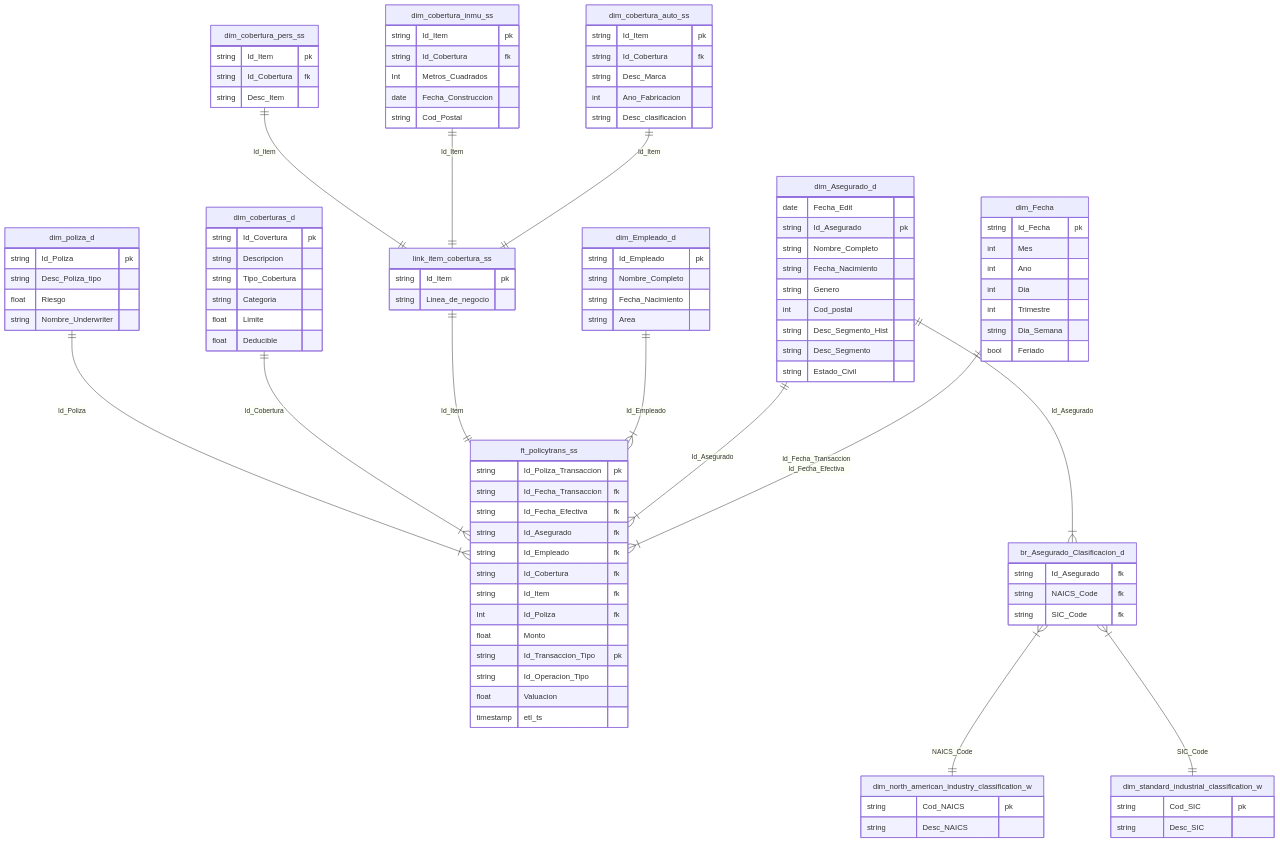
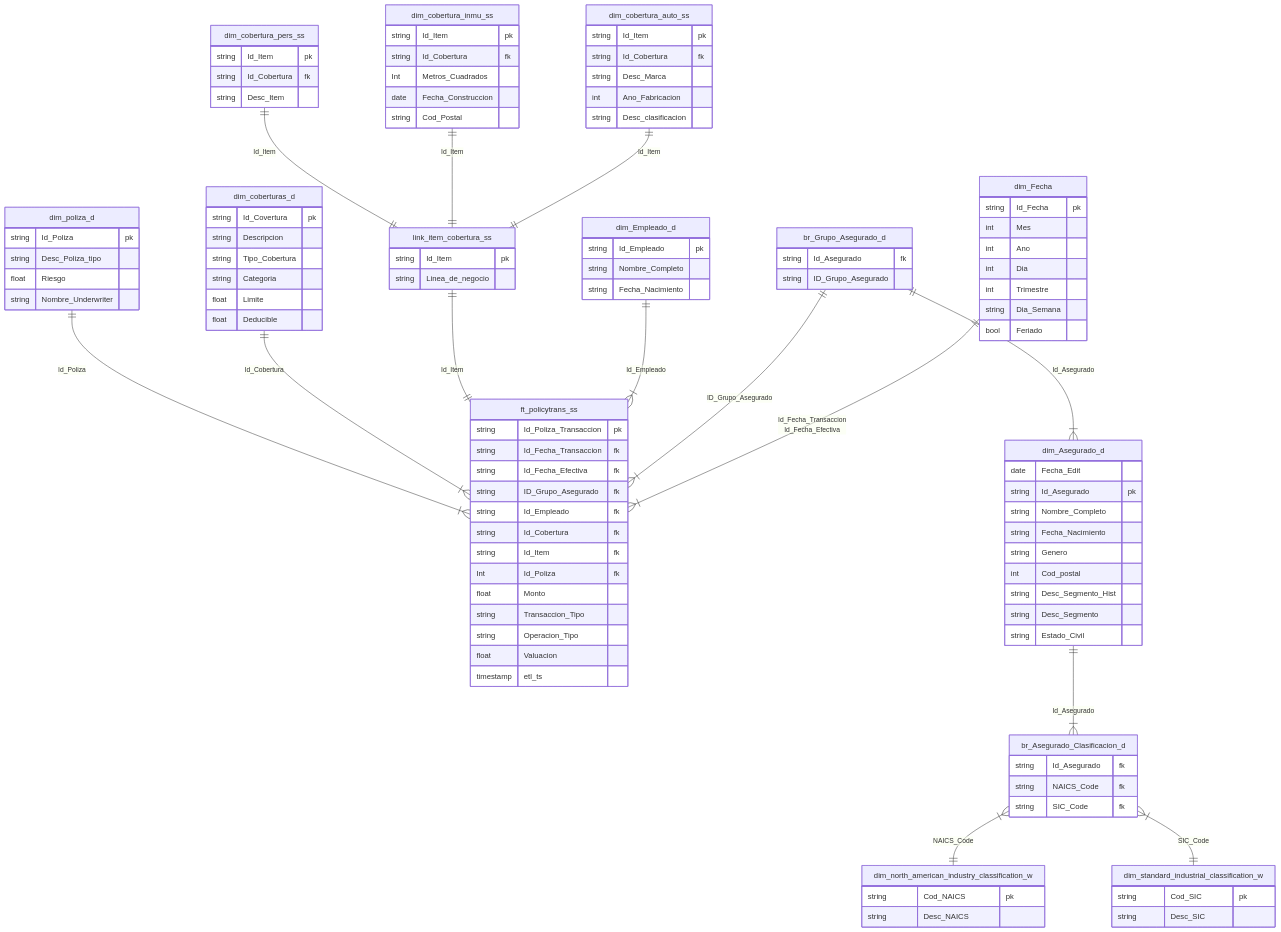
One commit to Facu4798/tps_ml2 changed the diagram in policy_transaction_fact.mermaid. Above: the diagram before and after it, drawn with Mermaid. The commit also changed other lines of this file and 4 other files, not shown here.

```diff
--- a/policy_transaction_fact.mermaid
+++ b/policy_transaction_fact.mermaid
@@ -1,154 +1,161 @@
 
 erDiagram
 
 
 %% fact table relationships
 dim_Fecha ||--|{ ft_policytrans_ss: 
     "Id_Fecha_Transaccion
     Id_Fecha_Efectiva"
-dim_Asegurado_d ||--|{ ft_policytrans_ss: Id_Asegurado
+br_Grupo_Asegurado_d ||--|{ ft_policytrans_ss: ID_Grupo_Asegurado
+br_Grupo_Asegurado_d ||--|{ dim_Asegurado_d: Id_Asegurado
 dim_Empleado_d ||--|{ ft_policytrans_ss: Id_Empleado
 %% Supertypes and subtypes
 link_item_cobertura_ss ||--|| ft_policytrans_ss: Id_Item
 dim_cobertura_auto_ss ||--|| link_item_cobertura_ss: Id_Item
 dim_cobertura_inmu_ss ||--|| link_item_cobertura_ss: Id_Item
 dim_cobertura_pers_ss ||--|| link_item_cobertura_ss: Id_Item
 
 %% multivalued dimension
 dim_Asegurado_d ||--|{ br_Asegurado_Clasificacion_d: Id_Asegurado
 br_Asegurado_Clasificacion_d }|--|| dim_north_american_industry_classification_w: NAICS_Code
 br_Asegurado_Clasificacion_d }|--|| dim_standard_industrial_classification_w: SIC_Code
 
 %% fact description
 dim_coberturas_d ||--|{ ft_policytrans_ss: Id_Cobertura
 
 %% no longer degerate
 dim_poliza_d ||--|{ ft_policytrans_ss: Id_Poliza
 
 
 %% ft: facto, ss: frecuencia carga(segundos)
 ft_policytrans_ss {
-    string Id_Poliza_Transaccion pk
+    string Id_Poliza_Transaccion pk 
     string Id_Fecha_Transaccion fk   
     string Id_Fecha_Efectiva fk     
-    string Id_Asegurado fk
+    string ID_Grupo_Asegurado fk
     string Id_Empleado fk
     string Id_Cobertura fk
     string Id_Item fk
     Int Id_Poliza fk
     float Monto
-    string Id_Transaccion_Tipo pk
-    string Id_Operacion_Tipo 
+    string Transaccion_Tipo
+    string Operacion_Tipo 
     float Valuacion
     timestamp etl_ts
 }
 
 
 %% Dimension Role Playing
 dim_Fecha {
     string Id_Fecha pk
     int Mes
     int Ano
     int Dia
     int Trimestre
     string Dia_Semana
     bool Feriado
 }
 
 
 
 %% MULTIVALUED DIMENSION ATTRIBUTES (with bridge)
+
+br_Grupo_Asegurado_d {
+    string Id_Asegurado fk
+    string ID_Grupo_Asegurado
+}
+
+
 
 dim_Asegurado_d {
     date Fecha_Edit
     string Id_Asegurado pk
     string Nombre_Completo
     string Fecha_Nacimiento 
     string Genero
     int Cod_postal
     string Desc_Segmento_Hist
     string Desc_Segmento
     string Estado_Civil
 }
 
 %% Bridge
 br_Asegurado_Clasificacion_d {
     string Id_Asegurado fk
     string NAICS_Code fk
     string SIC_Code fk
 }
 
 dim_north_american_industry_classification_w {
     string Cod_NAICS pk
     string Desc_NAICS
 }
 
 dim_standard_industrial_classification_w {
     string Cod_SIC pk
     string Desc_SIC
 }
 
 
 
 
 
 %% SUPERTYPES AND SUBTYPES
 
 %% SUPERTYPE
 link_item_cobertura_ss {
     string Id_Item pk
     string Linea_de_negocio
 }
 
 %% SUBTYPE
 dim_cobertura_auto_ss {
     string Id_Item pk
     string Id_Cobertura fk
     string Desc_Marca
     int Ano_Fabricacion
     string Desc_clasificacion
 }
 
 %% SUBTYPE
 dim_cobertura_inmu_ss {
     string Id_Item pk
     string Id_Cobertura fk
     Int Metros_Cuadrados
     date Fecha_Construccion
     string Cod_Postal
 }
 
 %% SUBTYPE
 dim_cobertura_pers_ss {
     string Id_Item pk
     string Id_Cobertura fk
     string Desc_Item
 }
 
 
 
 %% Coverages descriptiva
 dim_coberturas_d {
     string Id_Covertura pk
     string Descripcion
     string Tipo_Cobertura
     string Categoria
     float Limite
     float Deducible
 }
 
 
 %% no longer degerate
 dim_poliza_d{
     string Id_Poliza pk
     string Desc_Poliza_tipo
     float Riesgo
     string Nombre_Underwriter
 }
 
 dim_Empleado_d {
     string Id_Empleado pk
     string Nombre_Completo
     string Fecha_Nacimiento
-    string Area
 }
```
